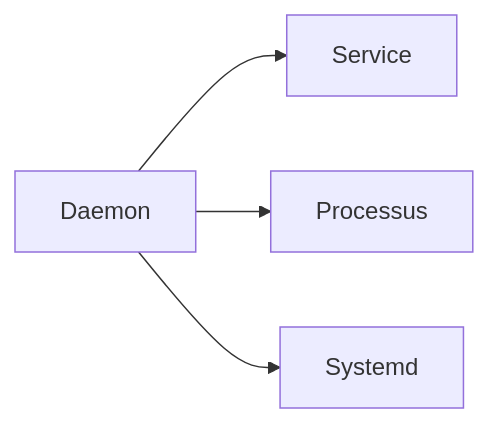
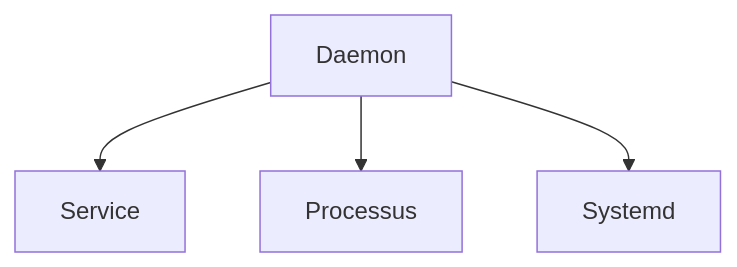
One commit to zyrass/omnydocs changed the ninth of 44 diagrams in docs/glossaire/administration-systeme.md. Above: the diagram before and after it, drawn with Mermaid. The commit also changed other lines of this file and 1780 other files, not shown here.

````diff
--- a/docs/glossaire/administration-systeme.md
+++ b/docs/glossaire/administration-systeme.md
@@ -184,6 +222,6 @@
-    ```mermaid
-    graph LR
-        A[Daemon] --> B[Service]
-        A --> C[Processus]
-        A --> D[Systemd]
-    ```
+```mermaid
+graph TB
+    A[Daemon] --> B[Service]
+    A --> C[Processus]
+    A --> D[Systemd]
+```
````
